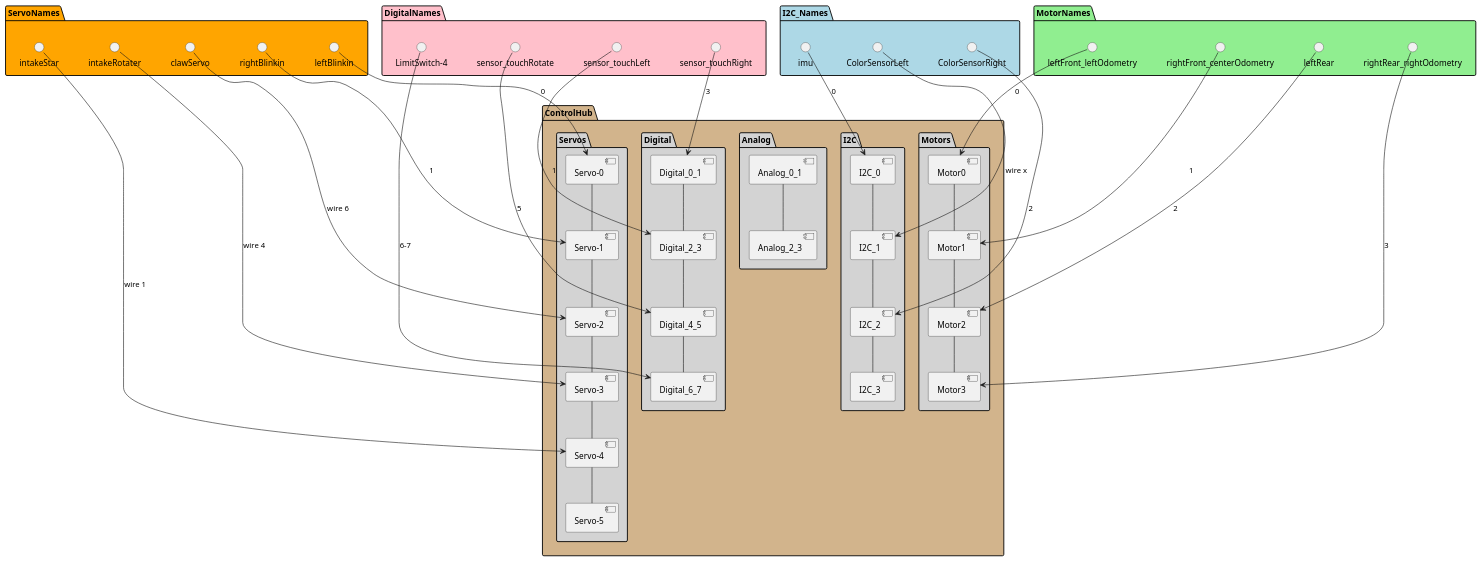
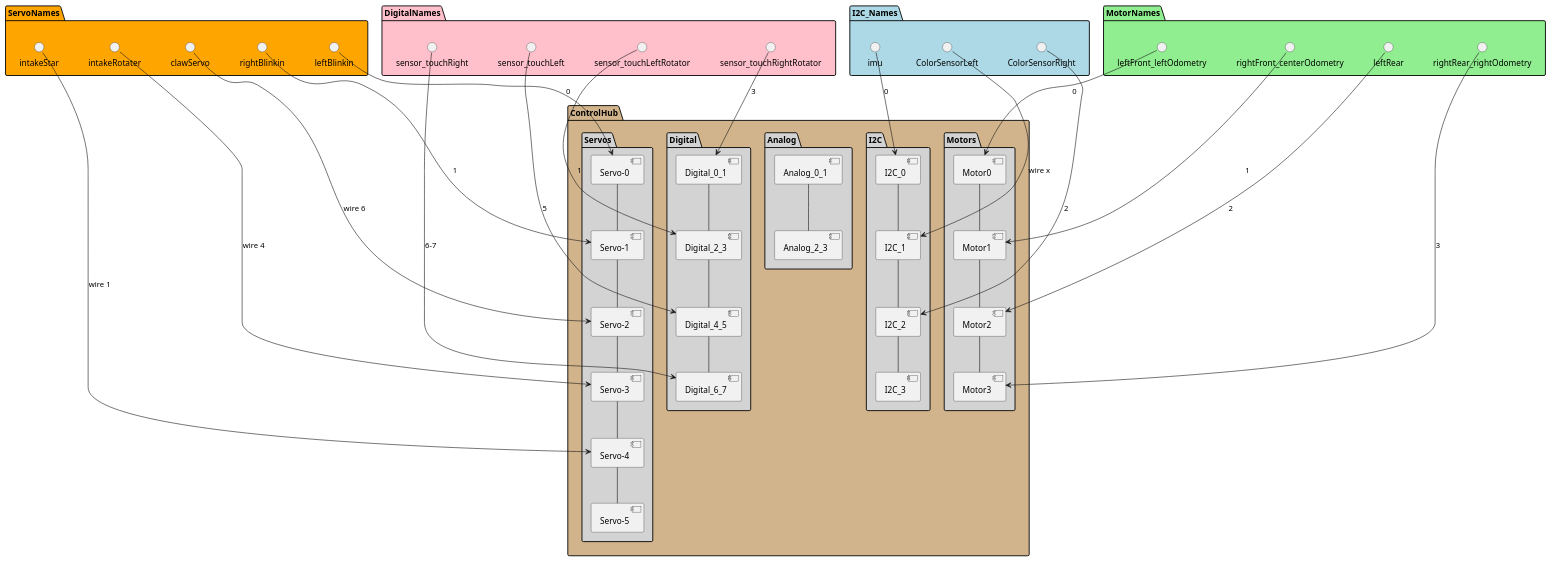
Before and after one commit to ShearForce-Software/ShearForce-Into-the-Deep-10.0: the diagram in TeamCode/src/main/java/org/firstinspires/ftc/teamcode/Geronimo/Diagrams/Configuration_ControlHub.puml, drawn with PlantUML. The commit also changed 12 other files, not shown here.

```diff
--- a/TeamCode/src/main/java/org/firstinspires/ftc/teamcode/Geronimo/Diagrams/Configuration_ControlHub.puml
+++ b/TeamCode/src/main/java/org/firstinspires/ftc/teamcode/Geronimo/Diagrams/Configuration_ControlHub.puml
@@ -1,66 +1,66 @@
 @startuml
 
 
 package ControlHub #Tan {
   package Motors #LightGrey {
     [Motor0] -- [Motor1]
     [Motor1] -- [Motor2]
     [Motor2] -- [Motor3]
   }
 
   package Servos #LightGrey {
    [Servo-0] -- [Servo-1]
    [Servo-1] -- [Servo-2]
    [Servo-2] -- [Servo-3]
    [Servo-3] -- [Servo-4]
    [Servo-4] -- [Servo-5]
   }
 
   package Analog #LightGrey {
    [Analog_0_1] -- [Analog_2_3]
   }
 
   package Digital #LightGrey {
    [Digital_0_1] -- [Digital_2_3]
    [Digital_2_3] -- [Digital_4_5]
    [Digital_4_5] -- [Digital_6_7]
   }
 
   package I2C #LightGrey {
    [I2C_0] -- [I2C_1]
    [I2C_1] -- [I2C_2]
    [I2C_2] -- [I2C_3]
 
   }
 }
 
 package MotorNames #LightGreen {
   () "leftFront_leftOdometry" --> [Motor0] : 0
   () "rightFront_centerOdometry" --> [Motor1] : 1
   () "leftRear" --> [Motor2] : 2
   () "rightRear_rightOdometry" --> [Motor3] : 3
 }
 
 package ServoNames #Orange {
   () "leftBlinkin" --> [Servo-0] : 0
   () "rightBlinkin" --> [Servo-1] : 1
   () "clawServo" --> [Servo-2] : wire 6
   () "intakeRotater" --> [Servo-3] : wire 4
   () "intakeStar" --> [Servo-4] : wire 1
 }
 
 package DigitalNames #Pink {
-  () "sensor_touchRight" --> [Digital_0_1] : 3
-  () "sensor_touchLeft" --> [Digital_2_3] : 1
-  () "sensor_touchRotate" --> [Digital_4_5] : 5
-  () "LimitSwitch-4" --> [Digital_6_7] : 6-7
+  () "sensor_touchRightRotator" --> [Digital_0_1] : 3
+  () "sensor_touchLeftRotator" --> [Digital_2_3] : 1
+  () "sensor_touchLeft" --> [Digital_4_5] : 5
+  () "sensor_touchRight" --> [Digital_6_7] : 6-7
 }
 
 package I2C_Names #LightBlue {
   () "imu" --> [I2C_0] : 0
   () "ColorSensorLeft" --> [I2C_1] : wire x
   () "ColorSensorRight" --> [I2C_2] : 2
 
 }
 
 @enduml
```
